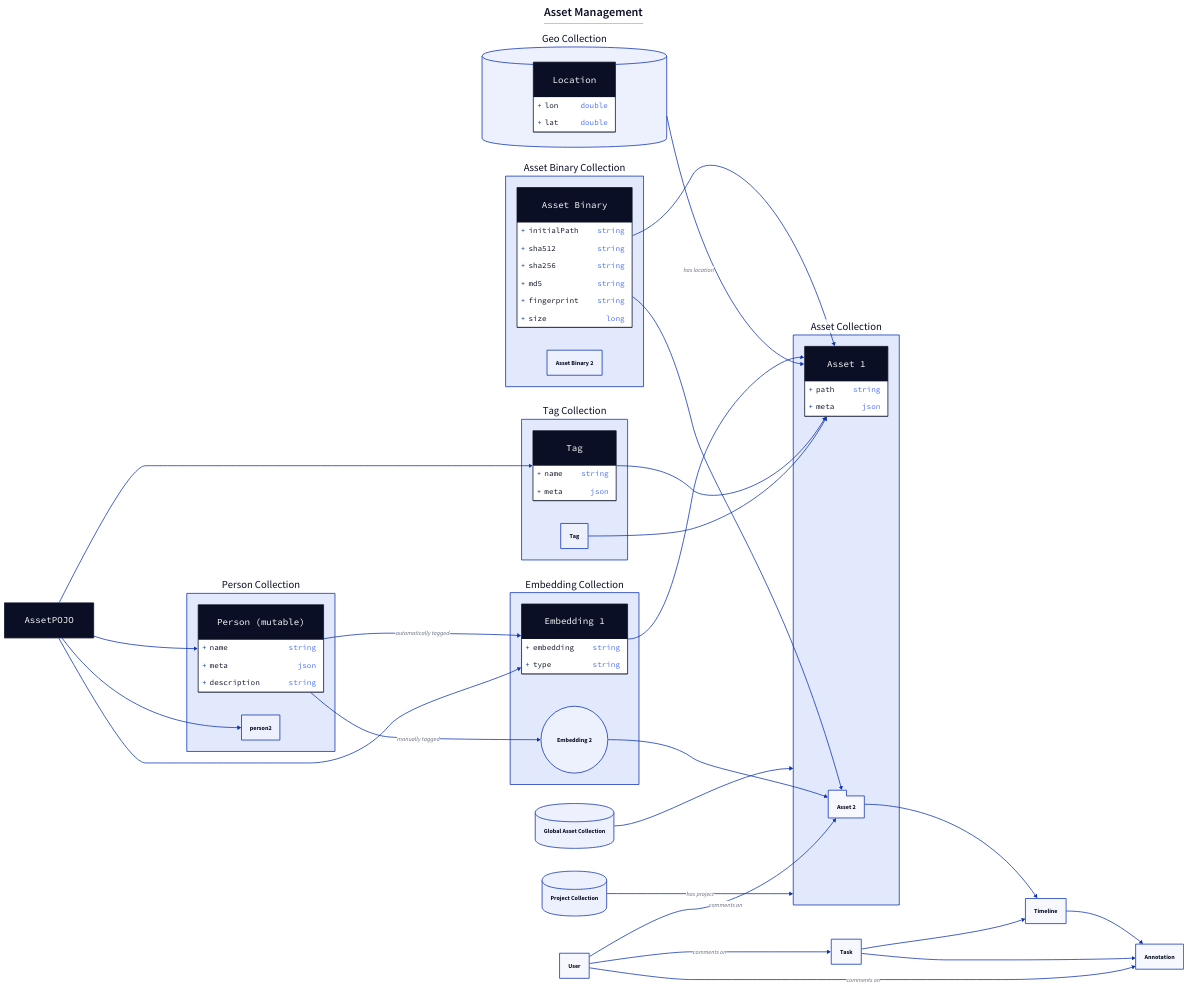
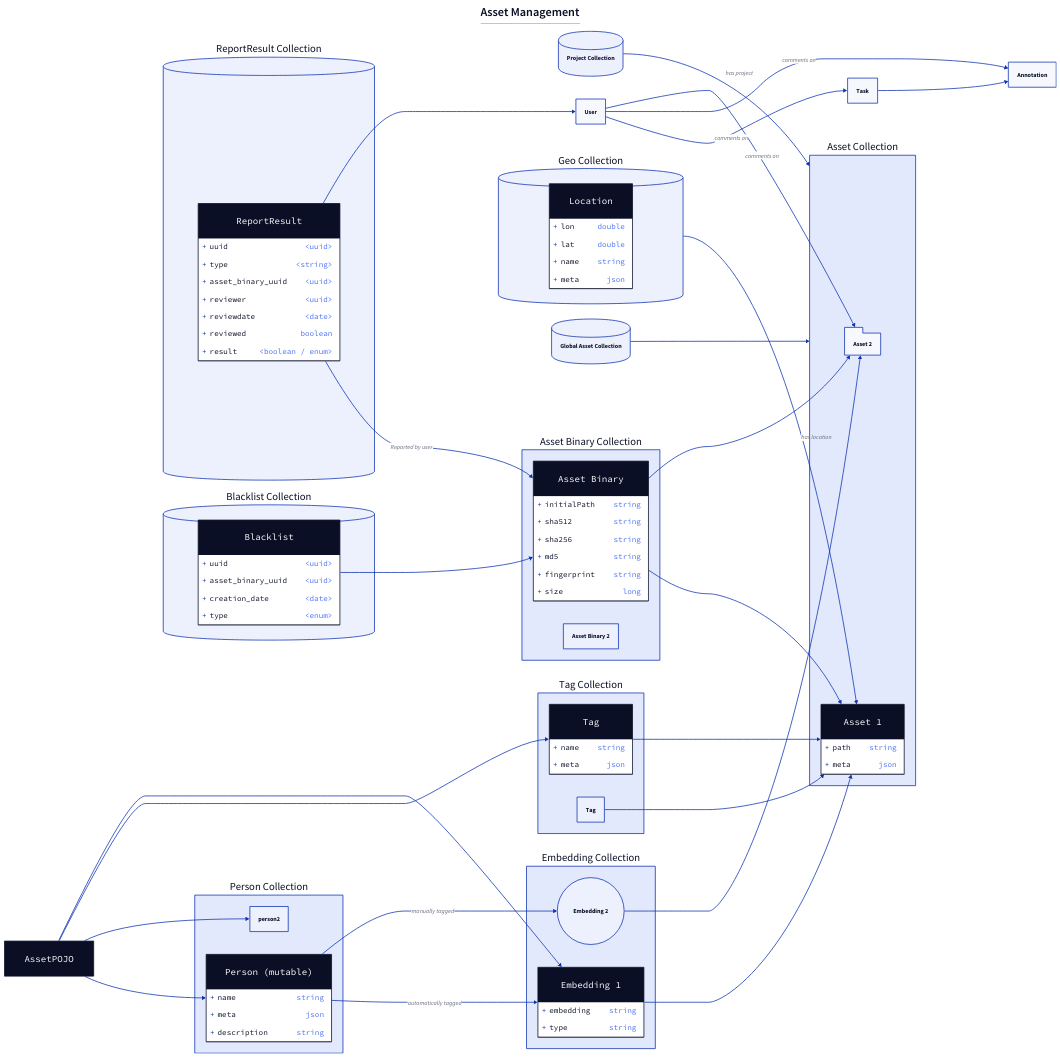
One commit to metaloom/loom changed the diagram in design/Domain/Asset.md. Above: the diagram before and after it, drawn with D2. The commit also changed other lines of this file and 1 other file, not shown here.

Commit message:
Update db design

````diff
--- a/design/Domain/Asset.md
+++ b/design/Domain/Asset.md
@@ -7,21 +7,24 @@
 | { near: top-center }
 
 
-
+# Project
 prc: Project Collection { shape: cylinder
 
 }
 
+# Asset
+ac: Asset Collection
 ac: {
-  a1: Asset 1  {shape: class 
+  a1: Asset 1  { shape: class
     path: "string"
     meta: "json"
   }
   a2: Asset 2 { shape: package }
 }
 
+# Asset Binary
 abc: Asset Binary Collection {
- ab: Asset Binary {shape: class 
+ ab: Asset Binary { shape: class
     initialPath: "string"
     sha512: "string"
     sha256: "string"
@@ -29,38 +32,74 @@
     fingerprint: "string"
     size: "long"
  }
- ab2: Asset Binary 2 
+ ab2: Asset Binary 2
 }
 
 abc.ab -> ac.a1
 abc.ab -> ac.a2
 
+#  Report
+rc: ReportResult Collection { shape: cylinder }
+rc: {
+  # Asset has been reported by user xyz
+  r: ReportResult { shape: class
+    uuid: "<uuid>"
+    type: "<string>"
+    asset_binary_uuid: "<uuid>"
+    reviewer: "<uuid>"
+    reviewdate: "<date>"
+    reviewed: "boolean"
+    result: "<boolean / enum>"
+  }
+}
+rc.r -> abc.ab: Reported by user
+rc.r -> user
+
+# Blacklisting
+blc: Blacklist Collection  { shape: cylinder }
+blc: {
+  b: Blacklist { shape: class
+    uuid: "<uuid>"
+    asset_binary_uuid: "<uuid>"
+    creation_date:     "<date>"
+    type:              "<enum>"
+  }
+}
+
+blc.b -> abc.ab
+
+
 # Collections
-ac: Asset Collection
 gac: Global Asset Collection { shape: cylinder }
 gc: Geo Collection { shape: cylinder }
 gc.location: Location {
   shape: class
   lon: "double"
   lat: "double"
+  name: "string"
+  meta: "json"
 }
 
+gac -> ac
+
+# Embeddings
 ebc: Embedding Collection {
-  embedding1: Embedding 1 {shape: class 
+  embedding1: Embedding 1 {shape: class
     embedding: "string"
     type: "string"
   }
   embedding2: Embedding 2 { shape: circle }
 }
+
+# Persons
 pc: Person Collection {
- person1: Person (mutable) {shape: class 
+ person1: Person (mutable) {shape: class
     name: "string"
     meta: "json"
     description: "string"
   }
 }
 
-gac -> ac
 ebc.embedding1 -> ac.a1
 ebc.embedding2 -> ac.a2
 prc -> ac: has project
@@ -68,8 +107,8 @@
 pc.person1 -> ebc.embedding1: automatically tagged
 pc.person1 -> ebc.embedding2: manually tagged
 
+# Tagging
 tc: Tag Collection
-
 tc: {
   tag1: Tag { shape: class
     name: "string"
@@ -81,14 +120,9 @@
 tc.tag1 -> ac.a1
 tc.tag2 -> ac.a1
 
-timeline: Timeline
+# Task + Annotation
 an: Annotation
-
-timeline <- ac.a2
-timeline -> an
-
 task: Task
-task -> timeline
 task -> an
 
 user -> task: comments on
@@ -97,14 +131,11 @@
 user: User
 
 ap: AssetPOJO {
-  shape: class 
+  shape: class
 }
 ap -> pc.person1
 ap -> pc.person2
 ap -> tc.tag1
 ap -> ebc.embedding1
 
-
-
-
 ```
````
